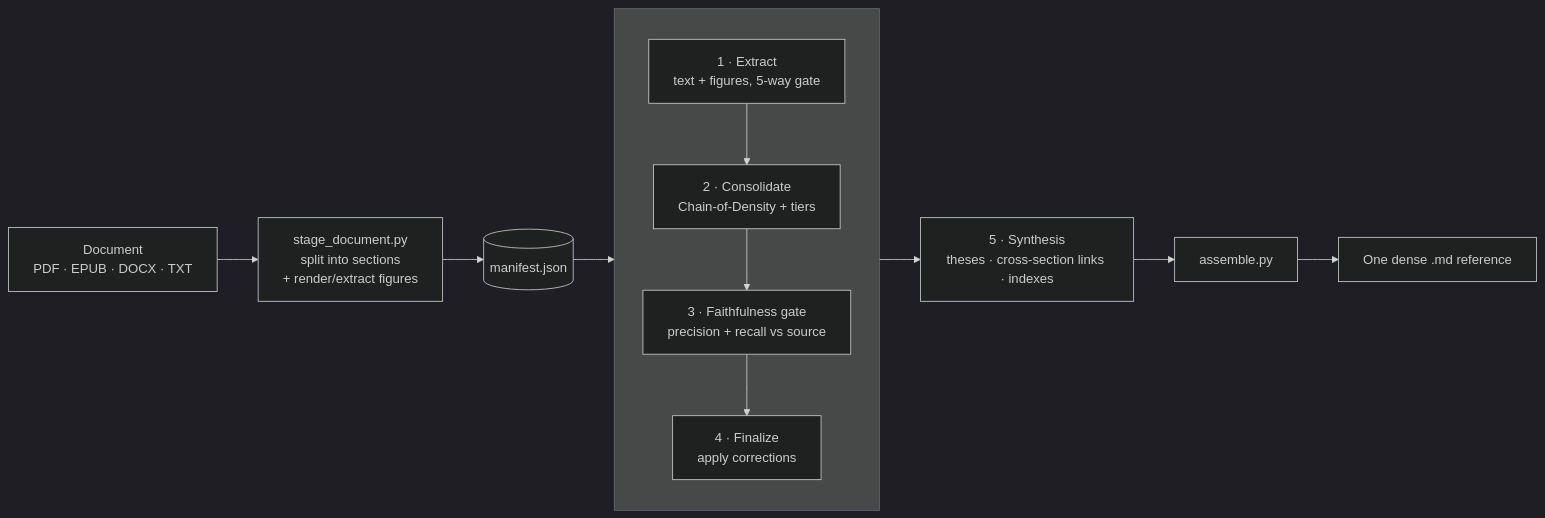
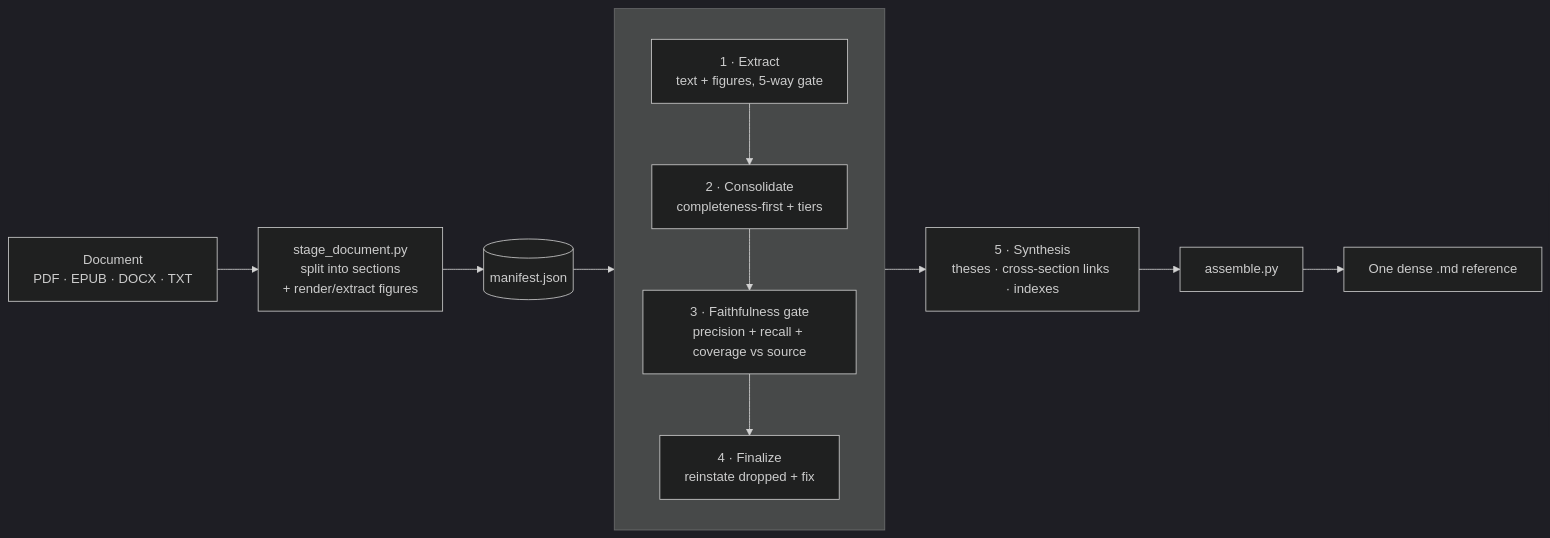
One commit to sirouk/deep-distill changed the diagram in README.md. Above: the diagram before and after it, drawn with Mermaid (dark theme). The commit also changed other lines of this file and 7 other files, not shown here.

````diff
--- a/README.md
+++ b/README.md
@@ -37,14 +38,14 @@
 ```mermaid
 flowchart LR
     A[Document<br/>PDF · EPUB · DOCX · TXT] --> B[stage_document.py<br/>split into sections<br/>+ render/extract figures]
     B --> M[(manifest.json)]
     M --> W{{federated workflow<br/>per section, pipelined}}
     subgraph W [ ]
       direction TB
-      E[1 · Extract<br/>text + figures, 5-way gate] --> C[2 · Consolidate<br/>Chain-of-Density + tiers]
-      C --> V[3 · Faithfulness gate<br/>precision + recall vs source]
-      V --> F[4 · Finalize<br/>apply corrections]
+      E[1 · Extract<br/>text + figures, 5-way gate] --> C[2 · Consolidate<br/>completeness-first + tiers]
+      C --> V[3 · Faithfulness gate<br/>precision + recall + coverage vs source]
+      V --> F[4 · Finalize<br/>reinstate dropped + fix]
     end
     W --> S[5 · Synthesis<br/>theses · cross-section links · indexes]
     S --> AS[assemble.py] --> O[One dense .md reference]
 ```
````
